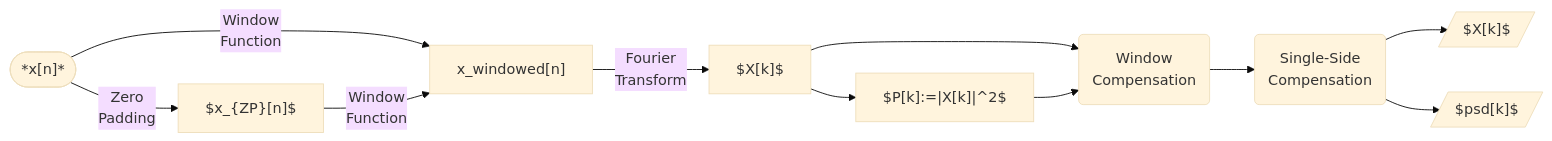
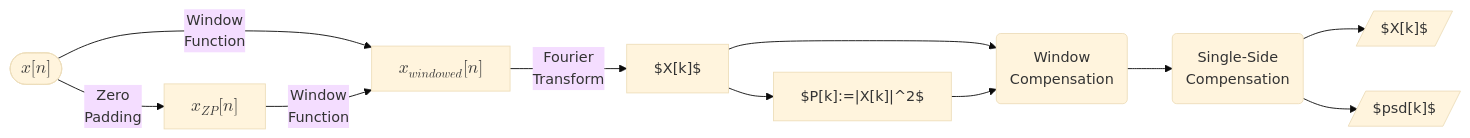
Before and after one commit to jiutongzhao/Time-Series-Data-Analysis: the second of 2 diagrams in docs/chap2.md, drawn with Mermaid (base theme). The commit also changed other lines of this file and 8 other files, not shown here.

````diff
--- a/docs/chap2.md
+++ b/docs/chap2.md
@@ -188,32 +202,32 @@
 ```mermaid
 graph LR
 
-A(["*x[n]*"]) -->|Window 
-Function|B@{ shape: rect, label: "x_windowed[n]" }
+A(["$$x[n]$$"]) -->|Window 
+Function|B@{ shape: rect, label: "$$x_{windowed}[n]$$" }
 
 A-->|Zero
-Padding|C@{shape:rect, label: "$x_{ZP}[n]$"}
+Padding|C@{shape:rect, label: "$$x_{ZP}[n]$$"}
 
 C -->|Window
 Function|B
 
 B -->|Fourier
 Transform|D@{shape: rect, label: "$X[k]$"}
 
 D -->H["$P[k]:=|X[k]|^2$"]
 
 D --> E(Window
 Compensation)
 
 E --> F(Single-Side
 Compensation)
 
 F --> G@{ shape: lean-r, label: "$X[k]$"}
 
 
 H --> E(Window
 Compensation)
 
 F --> K@{ shape: lean-r, label: "$psd[k]$"}
 
 ```
````
